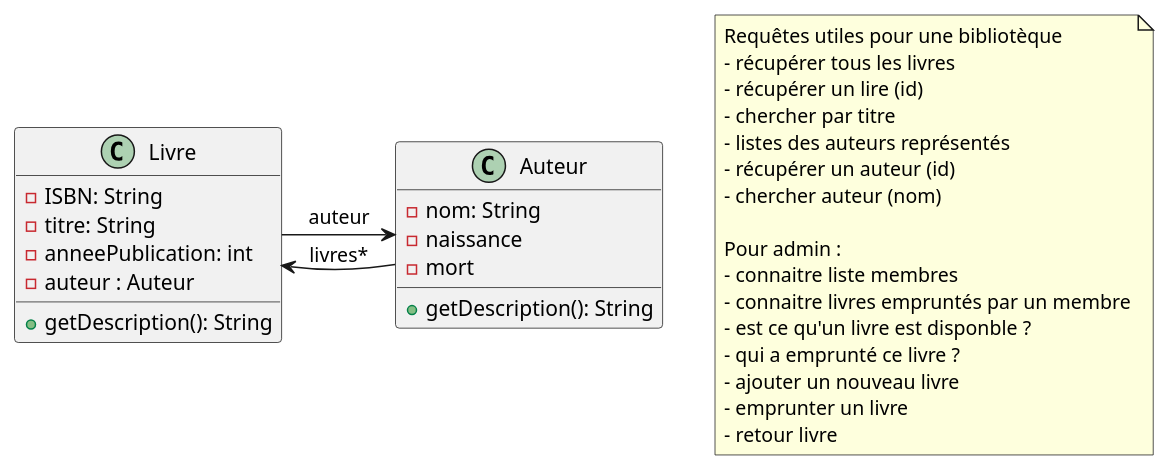
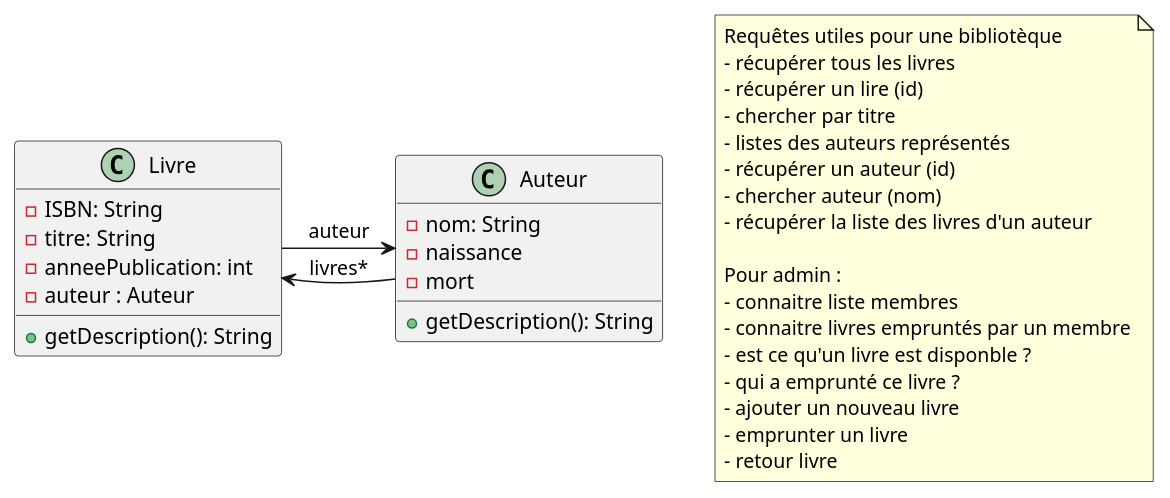
Before and after one commit to florentBourgeois/biblioWeb-25-26: the diagram in doc/1_Classes_Bases.puml, drawn with PlantUML. The commit also changed 2 other files, not shown here.

```diff
--- a/doc/1_Classes_Bases.puml
+++ b/doc/1_Classes_Bases.puml
@@ -1,28 +1,28 @@
 @startuml
 'https://plantuml.com/sequence-diagram
 
 class Livre {
     - ISBN: String
     - titre: String
     - anneePublication: int
     - auteur : Auteur
 
     + getDescription(): String
 }
 
 class Auteur {
 - nom: String
 - naissance
 - mort
 
 + getDescription(): String
 }
 
 
 Livre ->  Auteur : auteur
 Auteur -> Livre : livres*
 
-note "Requêtes utiles pour une bibliotèque\n- récupérer tous les livres\n- récupérer un lire (id)\n- chercher par titre\n- listes des auteurs représentés\n- récupérer un auteur (id)\n- chercher auteur (nom)\n\nPour admin : \n- connaitre liste membres\n- connaitre livres empruntés par un membre\n- est ce qu'un livre est disponble ? \n- qui a emprunté ce livre ?\n- ajouter un nouveau livre\n- emprunter un livre\n- retour livre" as N1
+note "Requêtes utiles pour une bibliotèque\n- récupérer tous les livres\n- récupérer un lire (id)\n- chercher par titre\n- listes des auteurs représentés\n- récupérer un auteur (id)\n- chercher auteur (nom)\n- récupérer la liste des livres d'un auteur\n\nPour admin : \n- connaitre liste membres\n- connaitre livres empruntés par un membre\n- est ce qu'un livre est disponble ? \n- qui a emprunté ce livre ?\n- ajouter un nouveau livre\n- emprunter un livre\n- retour livre" as N1
 
 
 @enduml
```
